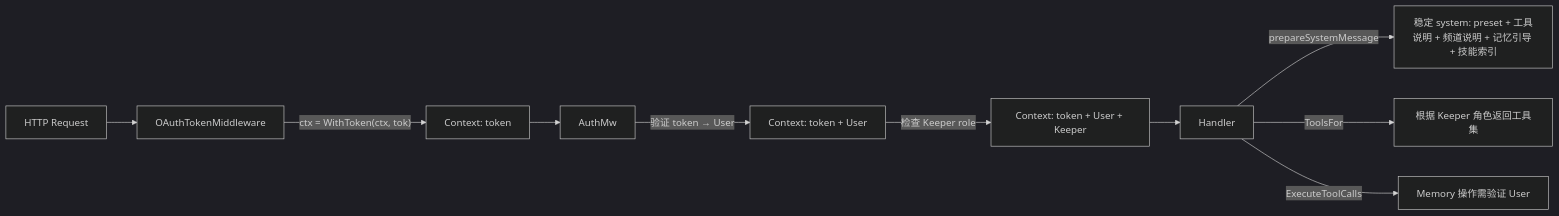
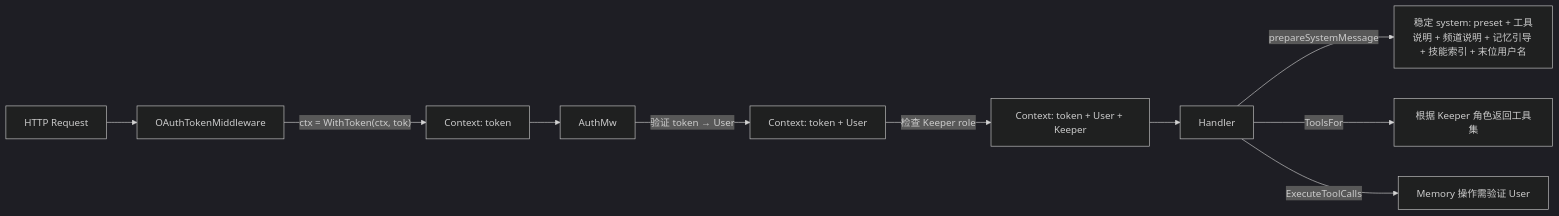
One commit to liut/morign changed the second of 3 diagrams in docs/COMPONENTS.md. Above: the diagram before and after it, drawn with Mermaid (dark theme). The commit also changed 7 other files, not shown here.

````diff
--- a/docs/COMPONENTS.md
+++ b/docs/COMPONENTS.md
@@ -153,13 +153,13 @@
 ```mermaid
 flowchart LR
     REQ[HTTP Request] --> OT[OAuthTokenMiddleware]
     OT --> |"ctx = WithToken(ctx, tok)"| CTX1[Context: token]
     CTX1 --> AM[AuthMw]
     AM --> |"验证 token → User"| CTX2[Context: token + User]
     CTX2 --> |"检查 Keeper role"| CTX3[Context: token + User + Keeper]
     CTX3 --> HANDLER[Handler]
 
-    HANDLER --> |prepareSystemMessage| SYS[稳定 system: preset + 工具说明 + 频道说明 + 记忆引导 + 技能索引]
+    HANDLER --> |prepareSystemMessage| SYS[稳定 system: preset + 工具说明 + 频道说明 + 记忆引导 + 技能索引 + 末位用户名]
     HANDLER --> |ToolsFor| TOOLS[根据 Keeper 角色返回工具集]
     HANDLER --> |ExecuteToolCalls| INVOKE[Memory 操作需验证 User]
 ```
````
